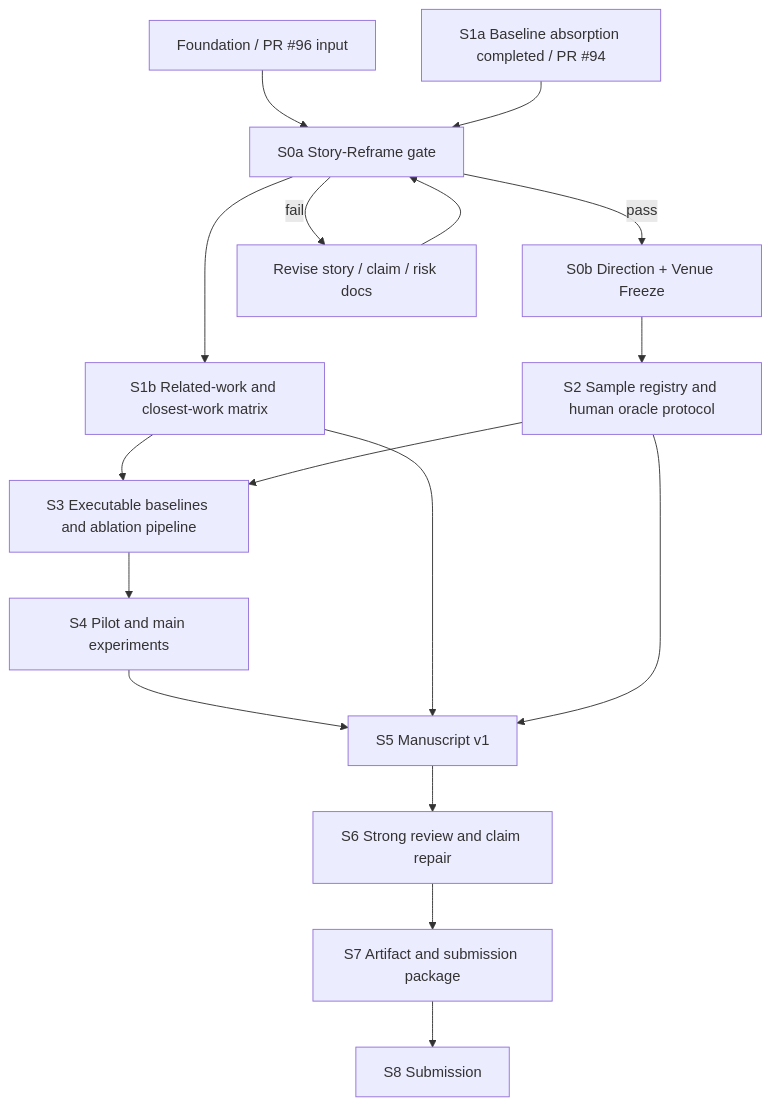
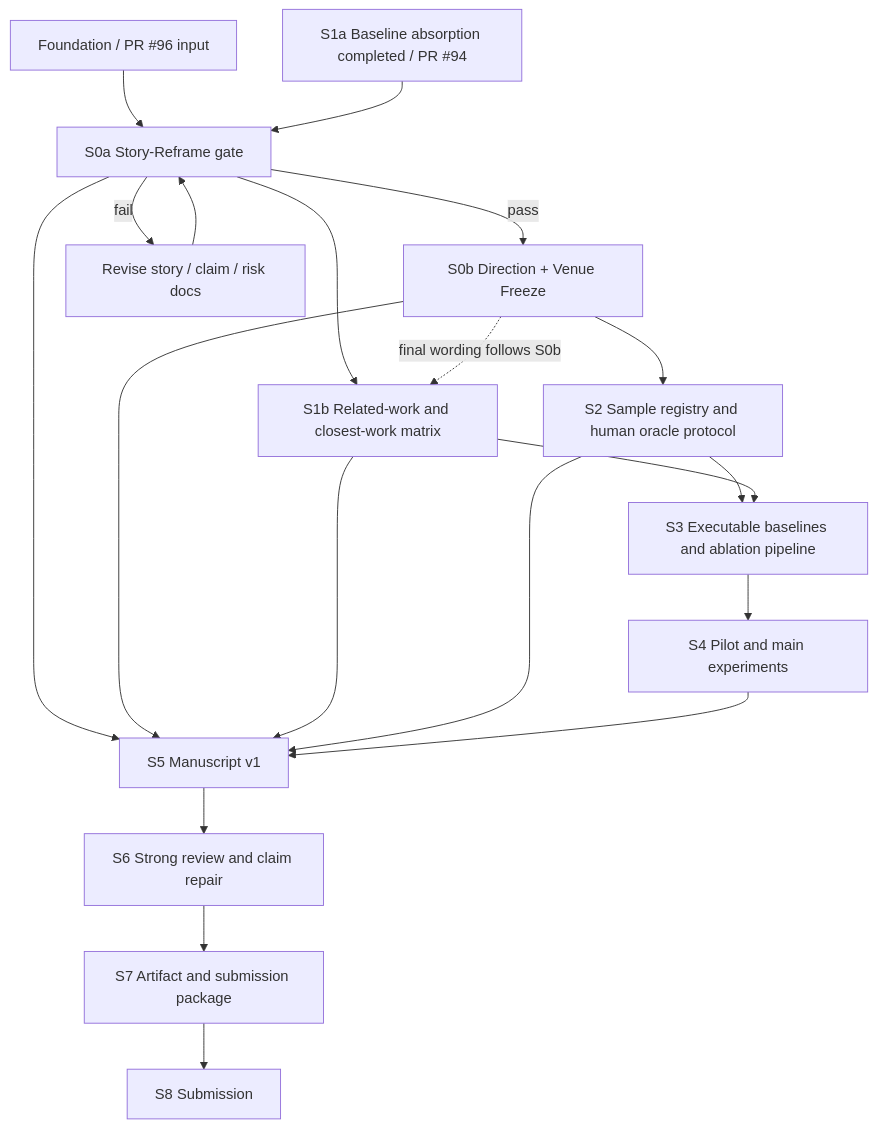
One commit to HansBug/research_ideas changed the diagram in project_1_llm_state_machine_modeling/paper_v1/path1_foundation/experiment_design/execution_plan.md. Above: the diagram before and after it, drawn with Mermaid. The commit also changed other lines of this file and 7 other files, not shown here.

````diff
--- a/project_1_llm_state_machine_modeling/paper_v1/path1_foundation/experiment_design/execution_plan.md
+++ b/project_1_llm_state_machine_modeling/paper_v1/path1_foundation/experiment_design/execution_plan.md
@@ -36,19 +36,22 @@
 ```mermaid
 flowchart TD
   A[Foundation / PR #96 input] --> B[S0a Story-Reframe gate]
   B -->|pass| C[S0b Direction + Venue Freeze]
   B -->|fail| B2[Revise story / claim / risk docs]
   B2 --> B
   S1A[S1a Baseline absorption completed / PR #94] --> B
   B --> E[S1b Related-work and closest-work matrix]
+  C -. final wording follows S0b .-> E
   C --> F[S2 Sample registry and human oracle protocol]
-  E --> G[S3 Executable baselines and ablation pipeline]
-  F --> G
+  F --> G[S3 Executable baselines and ablation pipeline]
+  E --> G
   G --> H[S4 Pilot and main experiments]
-  H --> I[S5 Manuscript v1]
+  B --> I[S5 Manuscript v1]
+  C --> I
   E --> I
   F --> I
+  H --> I
   I --> J[S6 Strong review and claim repair]
   J --> K[S7 Artifact and submission package]
   K --> L[S8 Submission]
 ```
````
